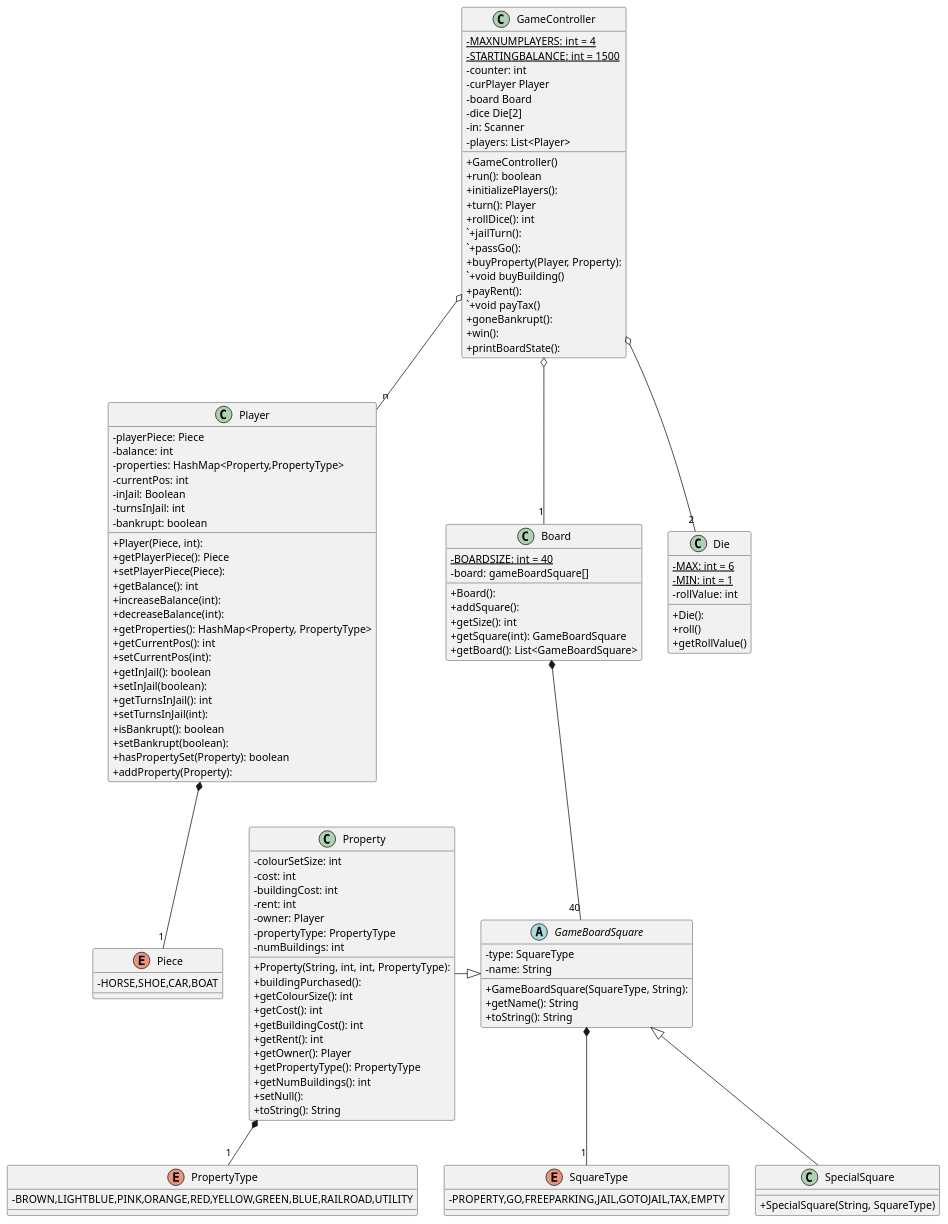
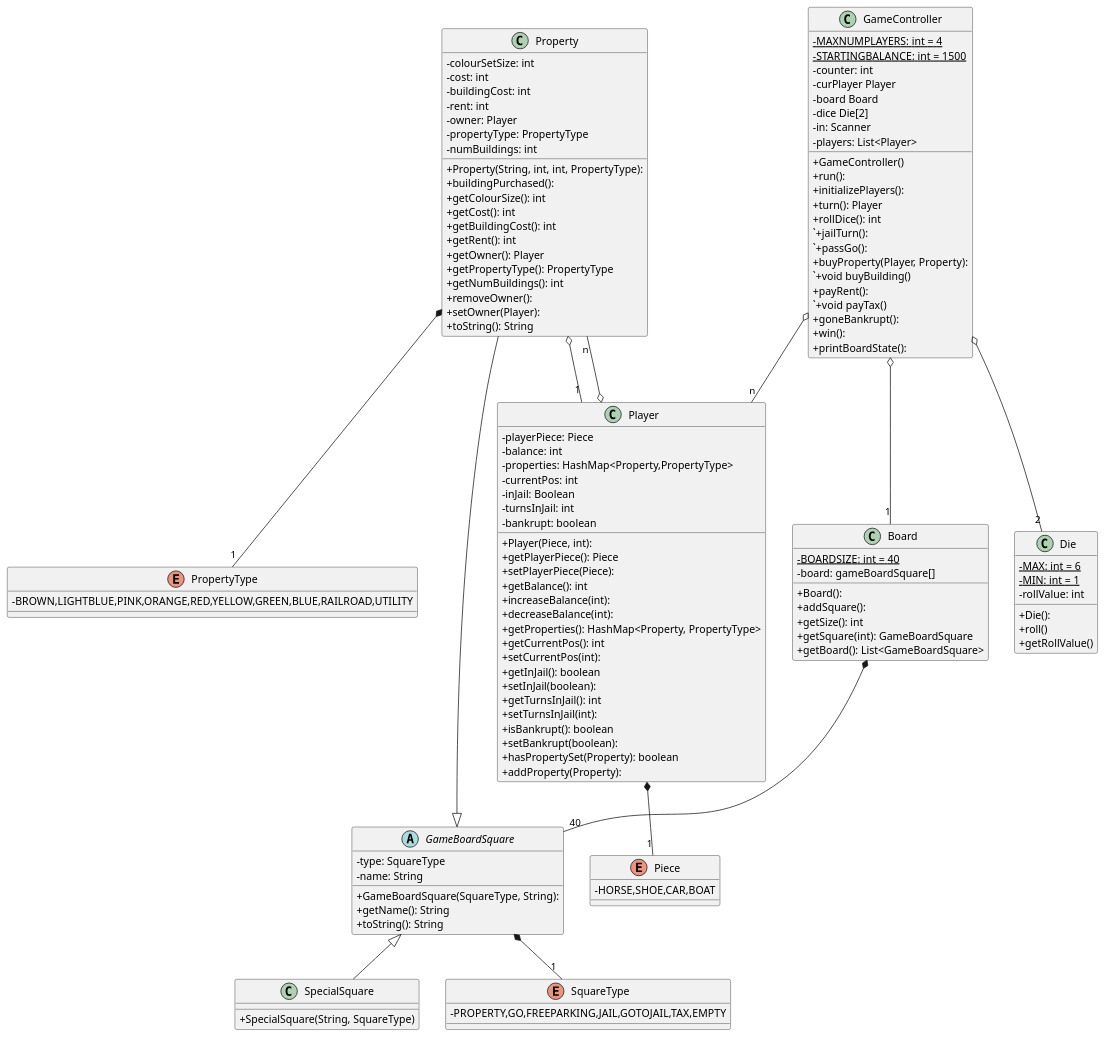
Before and after one commit to Everfeather/monopoly_12: the diagram in src/UML.puml, drawn with PlantUML. The commit also changed 8 other files, not shown here.

Commit message:
Updated: - All javadocs are now complete - UML was fixed up to account for some new changes

```diff
--- a/src/UML.puml
+++ b/src/UML.puml
@@ -1,151 +1,154 @@
 @startuml
 
 'https://plantuml.com/class-diagram
 skinparam classAttributeIconSize 0
 
 
 Property -|> GameBoardSquare
 Property *-- "1" PropertyType
+Property o-- "1" Player
 
 Player *-- "1" Piece
+Player o-- "n" Property
 
 GameController o-- "1" Board
 GameController o-- "n" Player
 GameController o-- "2" Die
 
 Board *-- "40" GameBoardSquare
 
 SpecialSquare --up|> GameBoardSquare
 
 GameBoardSquare *-- "1" SquareType
 
 enum Piece{
     -HORSE,SHOE,CAR,BOAT
 }
 
 enum PropertyType{
     -BROWN,LIGHTBLUE,PINK,ORANGE,RED,YELLOW,GREEN,BLUE,RAILROAD,UTILITY
 }
 
 enum SquareType{
     -PROPERTY,GO,FREEPARKING,JAIL,GOTOJAIL,TAX,EMPTY
 }
 
 class Player{
     - playerPiece: Piece
     - balance: int
     - properties: HashMap<Property,PropertyType>
     - currentPos: int
     - inJail: Boolean
     - turnsInJail: int
     - bankrupt: boolean
 
     + Player(Piece, int):
     + getPlayerPiece(): Piece
     + setPlayerPiece(Piece):
     + getBalance(): int
     + increaseBalance(int):
     + decreaseBalance(int):
     + getProperties(): HashMap<Property, PropertyType>
     + getCurrentPos(): int
     + setCurrentPos(int):
     + getInJail(): boolean
     + setInJail(boolean):
     + getTurnsInJail(): int
     + setTurnsInJail(int):
     + isBankrupt(): boolean
     + setBankrupt(boolean):
     + hasPropertySet(Property): boolean
     + addProperty(Property):
 }
 
 class Die{
     - {static} MAX: int = 6
     - {static} MIN: int = 1
     -rollValue: int
     +Die():
     +roll()
     +getRollValue()
 }
 
 class Board{
     - {static} BOARDSIZE: int = 40
     - board: gameBoardSquare[]
 
     + Board():
     + addSquare():
     + getSize(): int
     + getSquare(int): GameBoardSquare
     + getBoard(): List<GameBoardSquare>
 }
 
 class GameController{
     - {static} MAXNUMPLAYERS: int = 4
     - {static} STARTINGBALANCE: int = 1500
     - counter: int
     - curPlayer Player
     -board Board
     -dice Die[2]
     -in: Scanner
     -players: List<Player>
 
     +GameController()
-    +run(): boolean
+    +run():
     +initializePlayers():
     +turn(): Player
     +rollDice(): int
     `+jailTurn():
     `+passGo():
     +buyProperty(Player, Property):
     `+void buyBuilding()
     +payRent():
     `+void payTax()
     +goneBankrupt():
     +win():
     +printBoardState():
 
 }
 
 abstract class GameBoardSquare{
     -type: SquareType
     -name: String
 
     + GameBoardSquare(SquareType, String):
     + getName(): String
     + toString(): String
 
 }
 
 class Property {
     - colourSetSize: int
     - cost: int
     - buildingCost: int
     - rent: int
     - owner: Player
     - propertyType: PropertyType
     - numBuildings: int
 
     + Property(String, int, int, PropertyType):
     + buildingPurchased():
     + getColourSize(): int
     + getCost(): int
     + getBuildingCost(): int
     + getRent(): int
     + getOwner(): Player
     + getPropertyType(): PropertyType
     + getNumBuildings(): int
-    + setNull():
+    + removeOwner():
+    + setOwner(Player):
     + toString(): String
 
 
 }
 
 class SpecialSquare{
     + SpecialSquare(String, SquareType)
 
 }
 
 'class View{
 '    +void printGameState()
 '}
 @enduml
```
